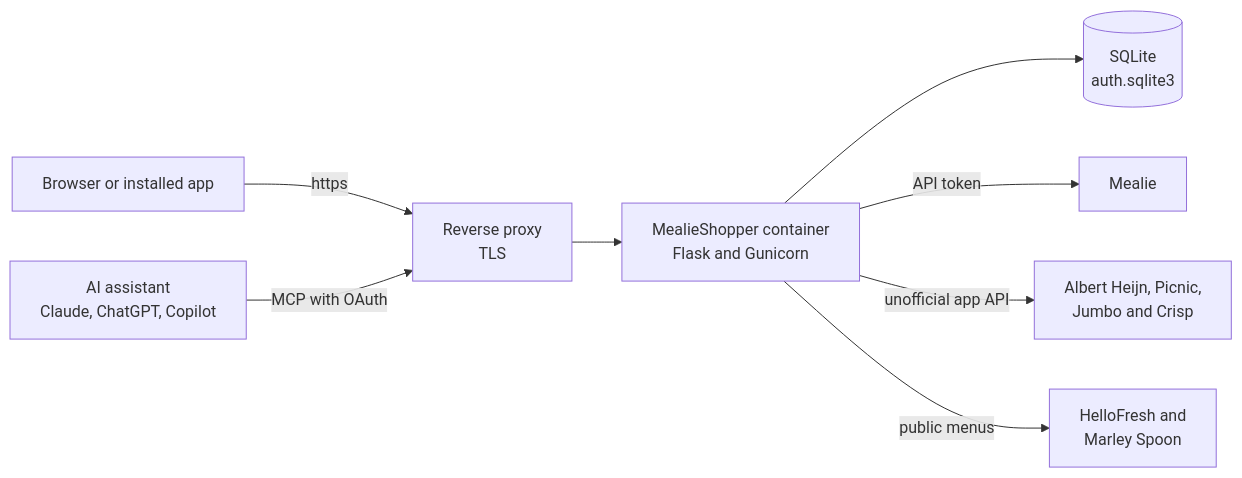
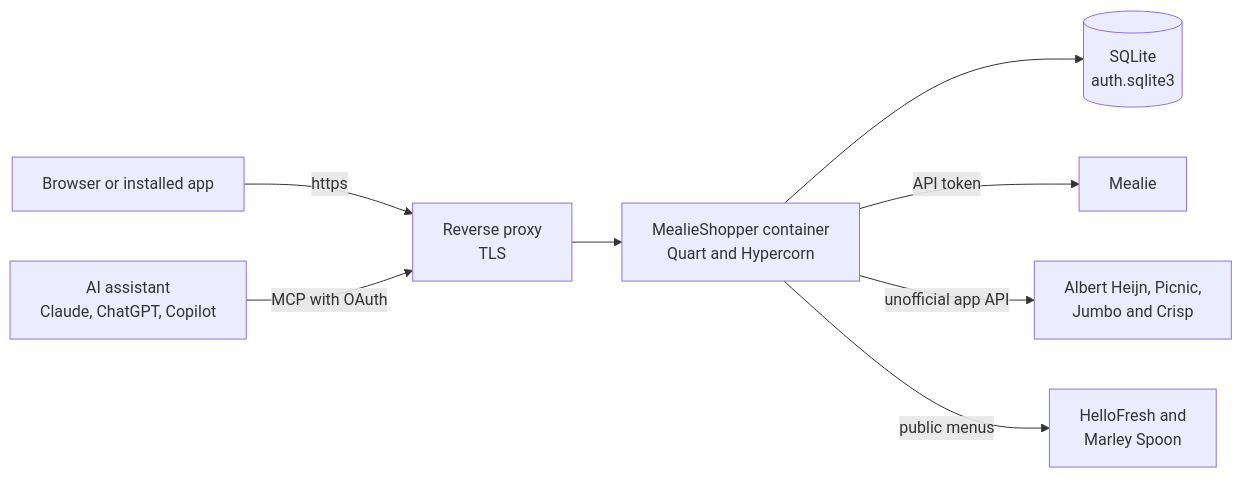
The diagram in README.en.md (helmerzNL/MealieShopper), drawn with Mermaid before and after one commit. The commit also changed other lines of this file and 17 other files, not shown here.

Commit message:
Asyncio: hypercorn in de container, fabrieksreset herstart via het herstartbeleid

````diff
--- a/README.en.md
+++ b/README.en.md
@@ -227,10 +227,10 @@
 ```mermaid
 flowchart LR
     A[Browser or installed app] -->|https| P[Reverse proxy<br/>TLS]
     AI[AI assistant<br/>Claude, ChatGPT, Copilot] -->|MCP with OAuth| P
-    P --> B[MealieShopper container<br/>Flask and Gunicorn]
+    P --> B[MealieShopper container<br/>Quart and Hypercorn]
     B --> D[(SQLite<br/>auth.sqlite3)]
     B -->|API token| M[Mealie]
     B -->|unofficial app API| S[Albert Heijn, Picnic,<br/>Jumbo and Crisp]
     B -->|public menus| K[HelloFresh and<br/>Marley Spoon]
 ```
````
